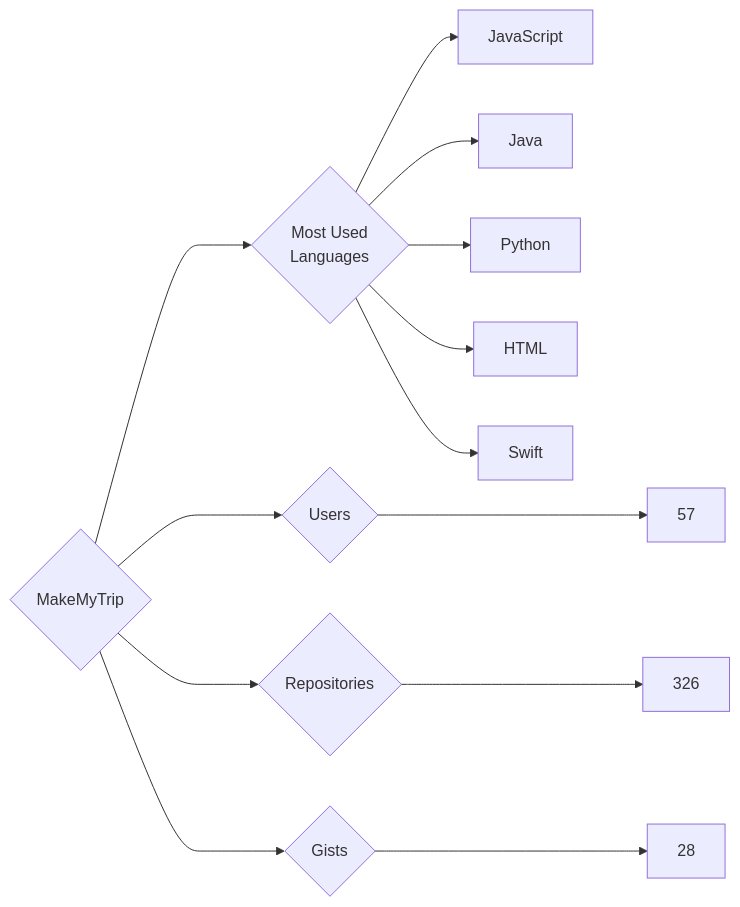
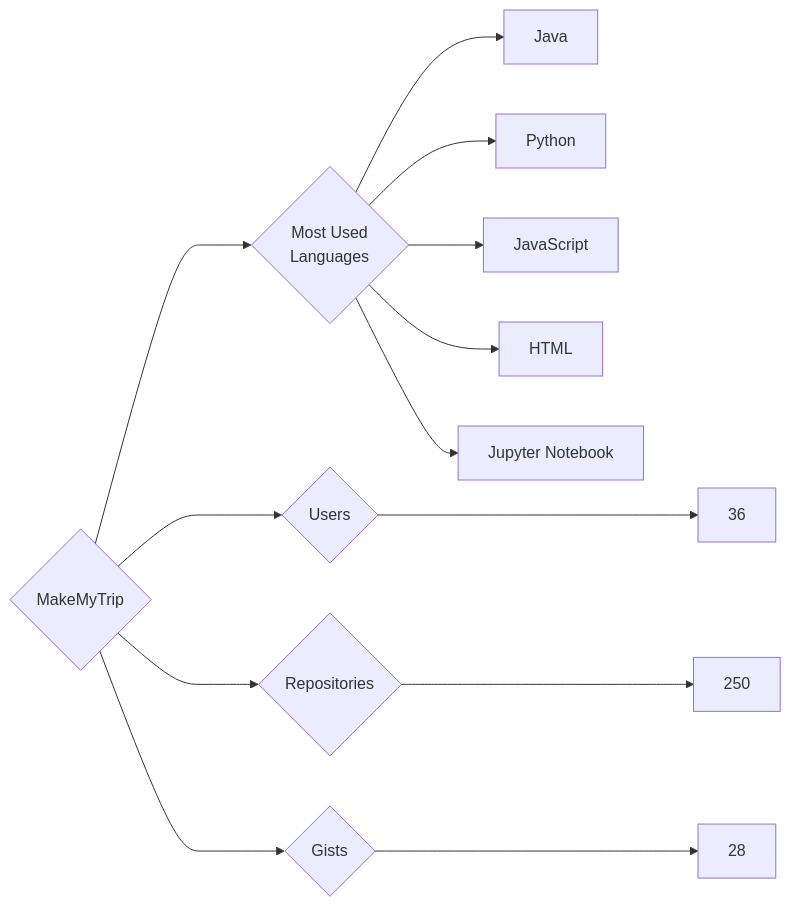
One commit to trickest/insiders changed the diagram in targets/MakeMyTrip/README.md. Above: the diagram before and after it, drawn with Mermaid. The commit also changed 775 other files, not shown here.

````diff
--- a/targets/MakeMyTrip/README.md
+++ b/targets/MakeMyTrip/README.md
@@ -3,13 +3,13 @@
 ```mermaid
 graph LR
 COMPANY_NAME{MakeMyTrip}
-COMPANY_NAME ---> U{Users} ---> UN[57]
-COMPANY_NAME ---> R{Repositories} ---> RN[326]
+COMPANY_NAME ---> U{Users} ---> UN[36]
+COMPANY_NAME ---> R{Repositories} ---> RN[250]
 COMPANY_NAME ---> G{Gists} ---> GN[28]
 COMPANY_NAME ---> ML{Most Used<br>Languages}
-ML --> JavaScript[JavaScript]
 ML --> Java[Java]
 ML --> Python[Python]
+ML --> JavaScript[JavaScript]
 ML --> HTML[HTML]
-ML --> Swift[Swift]
+ML --> Jupyter_Notebook[Jupyter Notebook]
 ```
````
